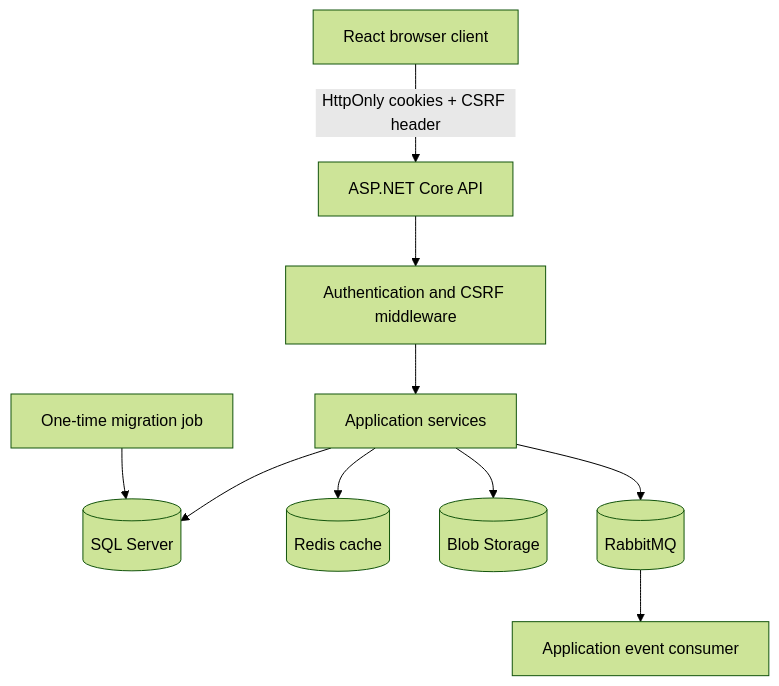
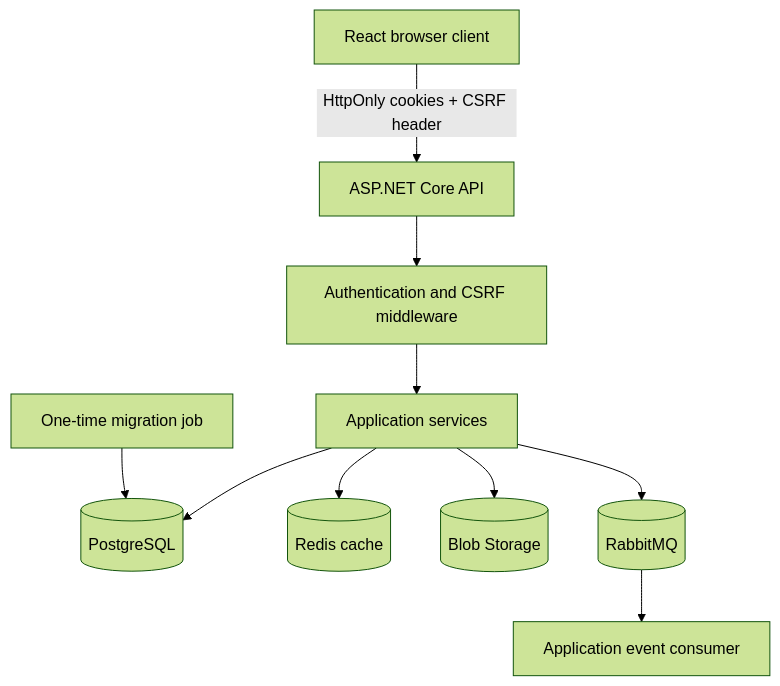
One commit to adheebabdulla007/pursuit changed the first of 4 diagrams in docs/architecture.md. Above: the diagram before and after it, drawn with Mermaid (forest theme). The commit also changed other lines of this file and 32 other files, not shown here.

Commit message:
fix: secure PostgreSQL migration deployment

````diff
--- a/docs/architecture.md
+++ b/docs/architecture.md
@@ -7,23 +7,23 @@
 ```mermaid
 flowchart TB
     Browser[React browser client]
     API[ASP.NET Core API]
     Auth[Authentication and CSRF middleware]
     App[Application services]
-    SQL[(SQL Server)]
+    SQL[(PostgreSQL)]
     Redis[(Redis cache)]
     Blob[(Blob Storage)]
     Rabbit[(RabbitMQ)]
     Consumer[Application event consumer]
     Migration[One-time migration job]
 
     Browser -->|HttpOnly cookies + CSRF header| API
     API --> Auth
     Auth --> App
     App --> SQL
     App --> Redis
     App --> Blob
     App --> Rabbit
     Rabbit --> Consumer
     Migration --> SQL
 ```
````
